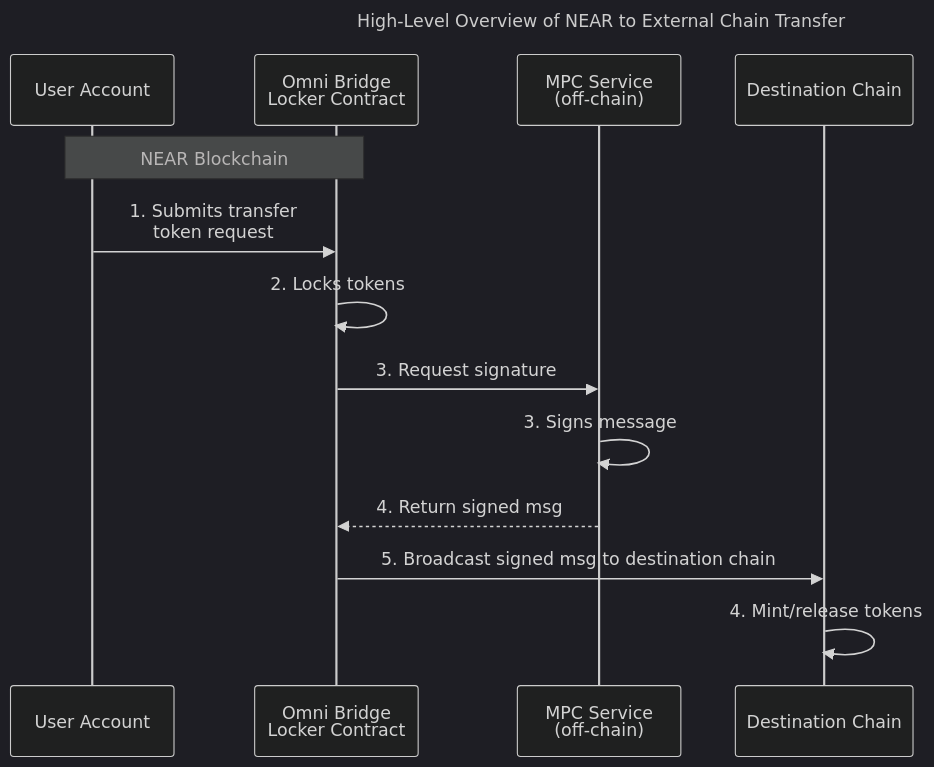
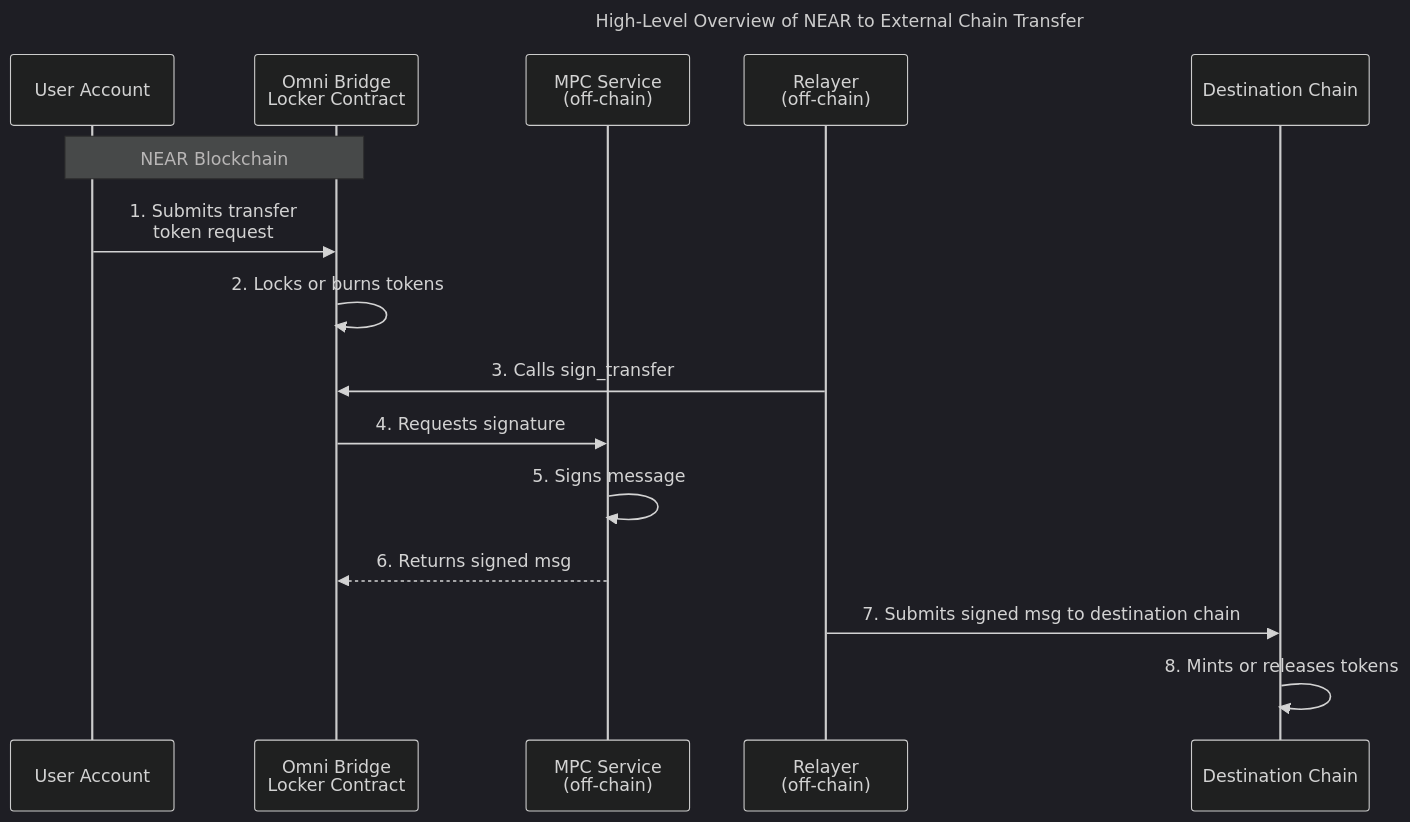
The diagram in chain-abstraction/omnibridge/how-it-works.mdx (near/docs), drawn with Mermaid (dark theme) before and after one commit. The commit also changed other lines of this file and 1 other file, not shown here.

Commit message:
docs(omnibridge): trusted relayers on NEAR, and who can finish a signed transfer (#3120)
On the deployed omni.bridge.near (0.4.17, built from Near-One/omni-bridge 01beeb2b), sign_transfer, fin_transfer, claim_fee and fast transfers are #[trusted_relayer]: the DAO or UnrestrictedRelayer role, or a stake through apply_for_trusted_relayer. On EVM chains finTransfer has no caller check. Also fixes the signing steps and adds the relayer to the sequence diagram.

````diff
--- a/chain-abstraction/omnibridge/how-it-works.mdx
+++ b/chain-abstraction/omnibridge/how-it-works.mdx
@@ -58,18 +58,20 @@
 ```mermaid
 sequenceDiagram
    title: High-Level Overview of NEAR to External Chain Transfer
    participant User as User Account
    participant Bridge as Omni Bridge <br> Locker Contract
    participant MPC as MPC Service <br> (off-chain)
+   participant Relayer as Relayer <br> (off-chain)
    participant Other as Destination Chain
 
    note over User, Bridge: NEAR Blockchain
  
     User->>Bridge:1. Submits transfer <br> token request
-    Bridge->>Bridge: 2. Locks tokens
-    Bridge->>MPC: 3. Request signature
-    MPC->>MPC: 3. Signs message
-    MPC-->>Bridge: 4. Return signed msg
-    Bridge->>Other: 5. Broadcast signed msg to destination chain
-    Other->>Other: 4. Mint/release tokens
+    Bridge->>Bridge: 2. Locks or burns tokens
+    Relayer->>Bridge: 3. Calls sign_transfer
+    Bridge->>MPC: 4. Requests signature
+    MPC->>MPC: 5. Signs message
+    MPC-->>Bridge: 6. Returns signed msg
+    Relayer->>Other: 7. Submits signed msg to destination chain
+    Other->>Other: 8. Mints or releases tokens
 ```
````
